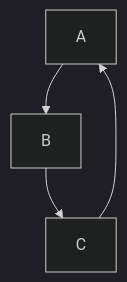
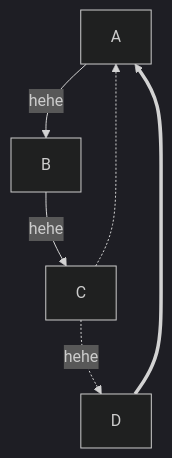
The diagram in README.MD (AdoBeatTheWorld/GoServer), drawn with Mermaid (dark theme) before and after one commit. The commit also changed other lines of this file, not shown here.

Commit message:
insistant is the key md test

````diff
--- a/README.MD
+++ b/README.MD
@@ -4,6 +4,8 @@
 ```mermaid
 graph TD;
-    A-->B;
-    B-->C;
-    C-->A;
+    A-->|hehe|B;
+    B-- hehe -->C;
+    C-.->A;
+    C-. hehe .->D;
+    D==>A
 ```
````
